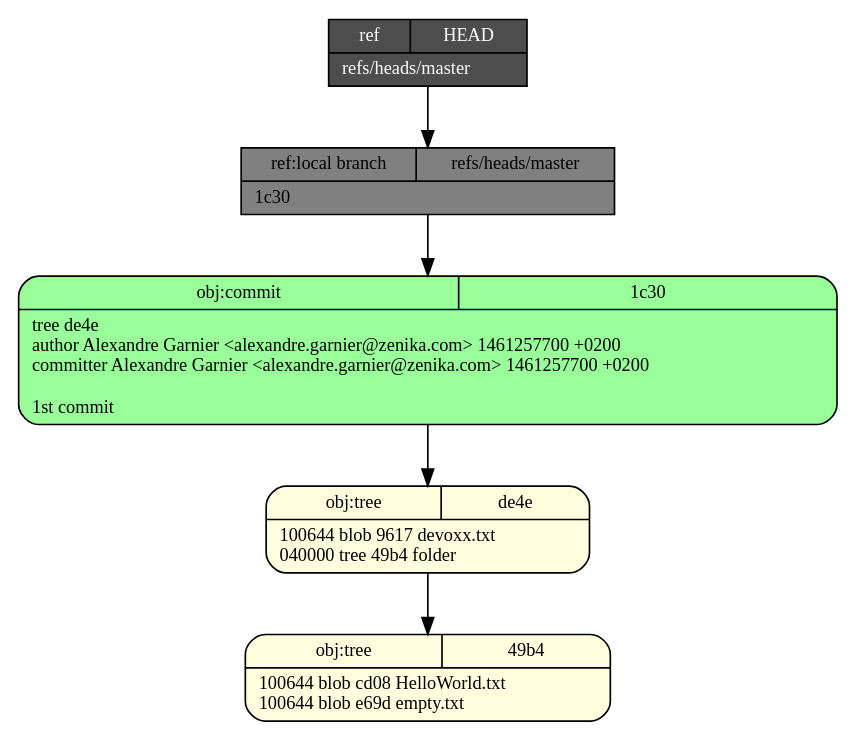
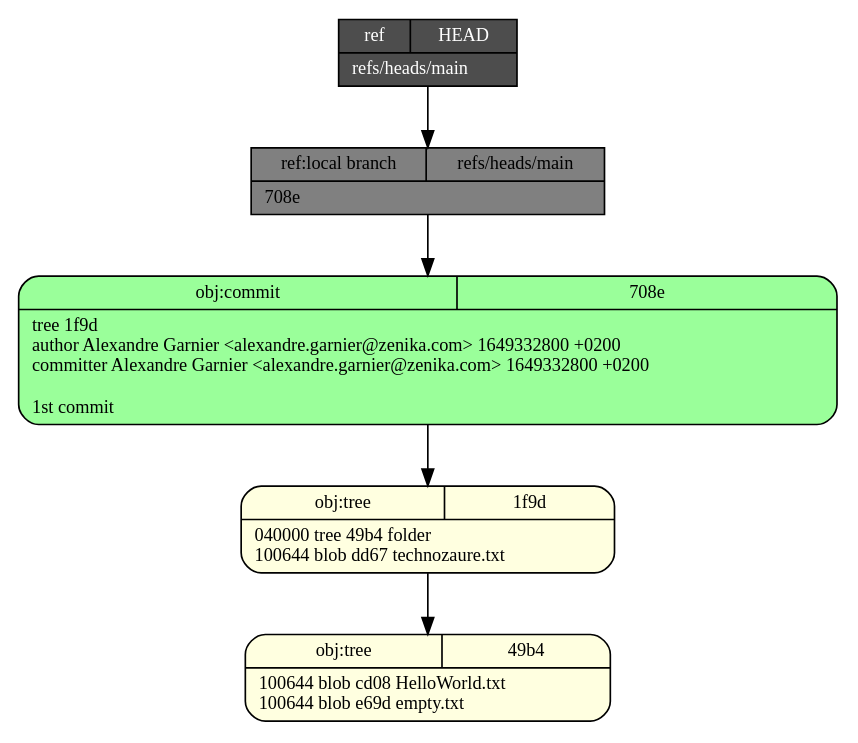
Before and after one commit to zigarn/git-internals: the diagram in tree.dot, drawn with Graphviz. The commit also changed 10 other files, not shown here.

```diff
--- a/tree.dot
+++ b/tree.dot
@@ -1,13 +1,13 @@
 digraph structs {
   node [shape=record,fontsize=11];
   rankdir="TB";
-  _1c30 [fillcolor="palegreen1", style="filled,rounded", label="{{obj:commit|1c30}|tree\ de4e\lauthor\ Alexandre\ Garnier\ \<alexandre\.garnier\@zenika\.com\>\ 1461257700\ \+0200\lcommitter\ Alexandre\ Garnier\ \<alexandre\.garnier\@zenika\.com\>\ 1461257700\ \+0200\l\l1st\ commit\l}"]
-  _1c30 -> _de4e
-  _de4e [fillcolor="lightyellow", style="filled,rounded", label="{{obj:tree|de4e}|100644\ blob\ 9617\	devoxx\.txt\l040000\ tree\ 49b4\	folder\l}"]
-  _de4e -> _49b4
+  _708e [fillcolor="palegreen1", style="filled,rounded", label="{{obj:commit|708e}|tree\ 1f9d\lauthor\ Alexandre\ Garnier\ \<alexandre\.garnier\@zenika\.com\>\ 1649332800\ \+0200\lcommitter\ Alexandre\ Garnier\ \<alexandre\.garnier\@zenika\.com\>\ 1649332800\ \+0200\l\l1st\ commit\l}"]
+  _708e -> _1f9d
+  _1f9d [fillcolor="lightyellow", style="filled,rounded", label="{{obj:tree|1f9d}|040000\ tree\ 49b4\	folder\l100644\ blob\ dd67\	technozaure.txt\l}"]
+  _1f9d -> _49b4
   _49b4 [fillcolor="lightyellow", style="filled,rounded", label="{{obj:tree|49b4}|100644\ blob\ cd08\	HelloWorld\.txt\l100644\ blob\ e69d\	empty\.txt\l}"]
-  _refs___heads___master [style=filled, fillcolor=gray,  label="{{ref:local branch|refs\/heads\/master}|1c30\l}"]
-  _refs___heads___master -> _1c30
-  _HEAD [style=filled, fillcolor=gray30, fontcolor=white,  label="{{ref|HEAD}|refs\/heads\/master\l}"]
-  _HEAD -> _refs___heads___master
+  _refs___heads___main [style=filled, fillcolor=gray,  label="{{ref:local branch|refs\/heads\/main}|708e\l}"]
+  _refs___heads___main -> _708e
+  _HEAD [style=filled, fillcolor=gray30, fontcolor=white,  label="{{ref|HEAD}|refs\/heads\/main\l}"]
+  _HEAD -> _refs___heads___main
 }
```
